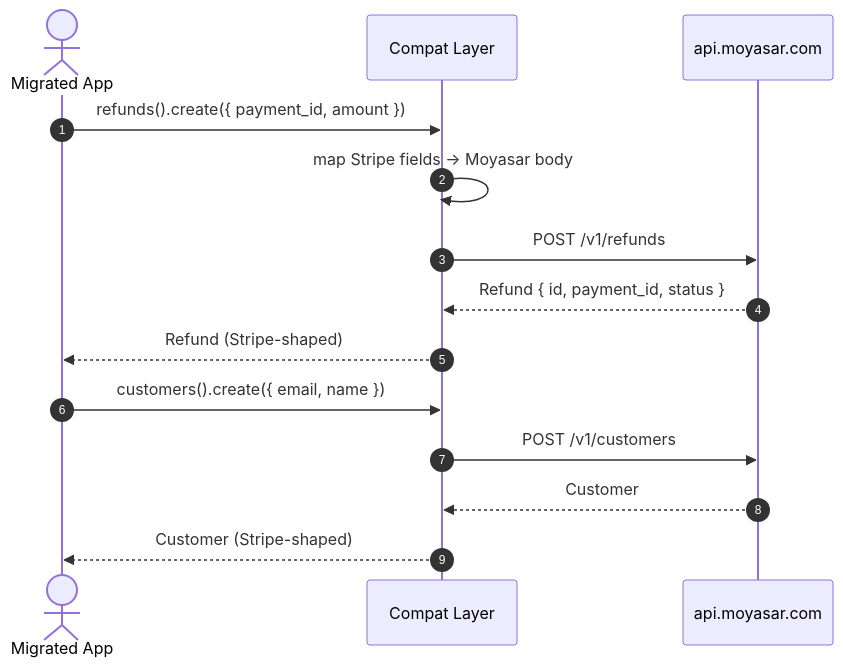
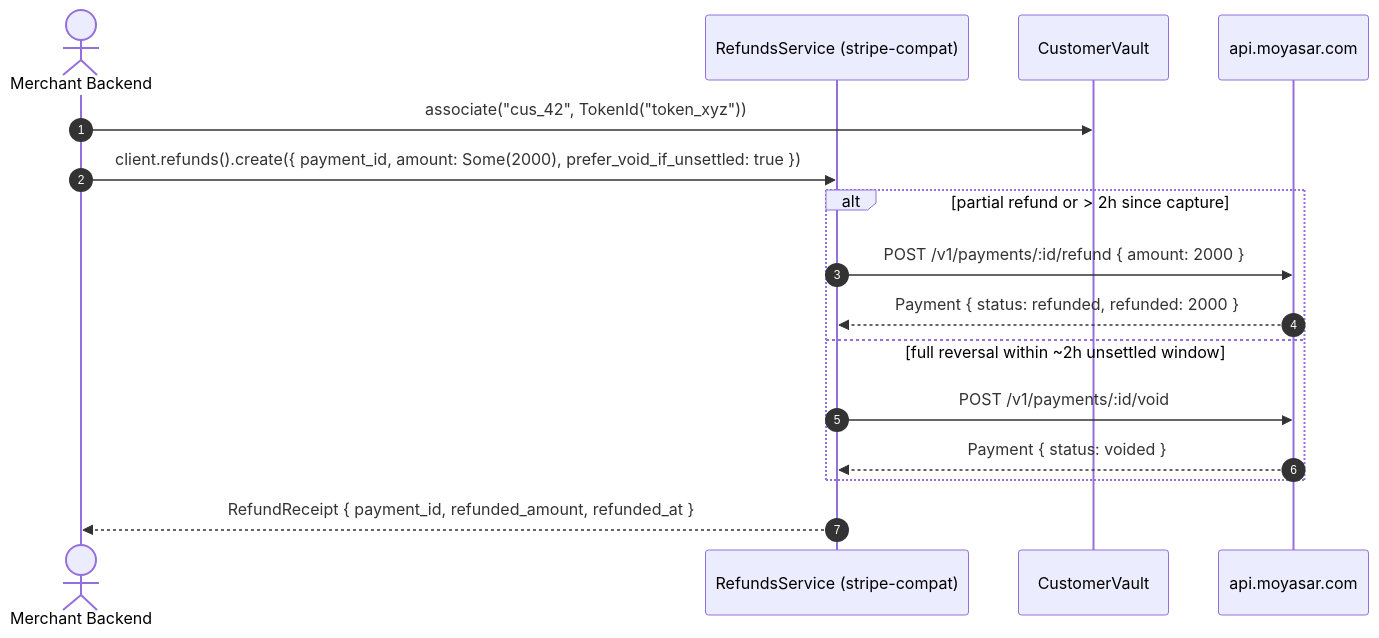
One commit to some-of-cs/some-moyasar changed the diagram in docs/user-stories/module-8-cross-cutting/US-8.1.0-stripe-compat-refunds-customers.md. Above: the diagram before and after it, drawn with Mermaid. The commit also changed other lines of this file and 25 other files, not shown here.

First line of the commit message:
docs(specs): remediate decomposition roadmap and all 23 user stories for divide-and-conquer readiness

````diff
--- a/docs/user-stories/module-8-cross-cutting/US-8.1.0-stripe-compat-refunds-customers.md
+++ b/docs/user-stories/module-8-cross-cutting/US-8.1.0-stripe-compat-refunds-customers.md
@@ -152,17 +130,19 @@
 ```mermaid
 sequenceDiagram
     autonumber
-    actor App as Migrated App
-    participant C as Compat Layer
+    actor App as Merchant Backend
+    participant R as RefundsService (stripe-compat)
+    participant V as CustomerVault
     participant API as api.moyasar.com
 
-    App->>C: refunds().create({ payment_id, amount })
-    C->>C: map Stripe fields → Moyasar body
-    C->>API: POST /v1/refunds
-    API-->>C: Refund { id, payment_id, status }
-    C-->>App: Refund (Stripe-shaped)
-    App->>C: customers().create({ email, name })
-    C->>API: POST /v1/customers
-    API-->>C: Customer
-    C-->>App: Customer (Stripe-shaped)
+    App->>V: associate("cus_42", TokenId("token_xyz"))
+    App->>R: client.refunds().create({ payment_id, amount: Some(2000), prefer_void_if_unsettled: true })
+    alt partial refund or > 2h since capture
+        R->>API: POST /v1/payments/:id/refund { amount: 2000 }
+        API-->>R: Payment { status: refunded, refunded: 2000 }
+    else full reversal within ~2h unsettled window
+        R->>API: POST /v1/payments/:id/void
+        API-->>R: Payment { status: voided }
+    end
+    R-->>App: RefundReceipt { payment_id, refunded_amount, refunded_at }
 ```
````
